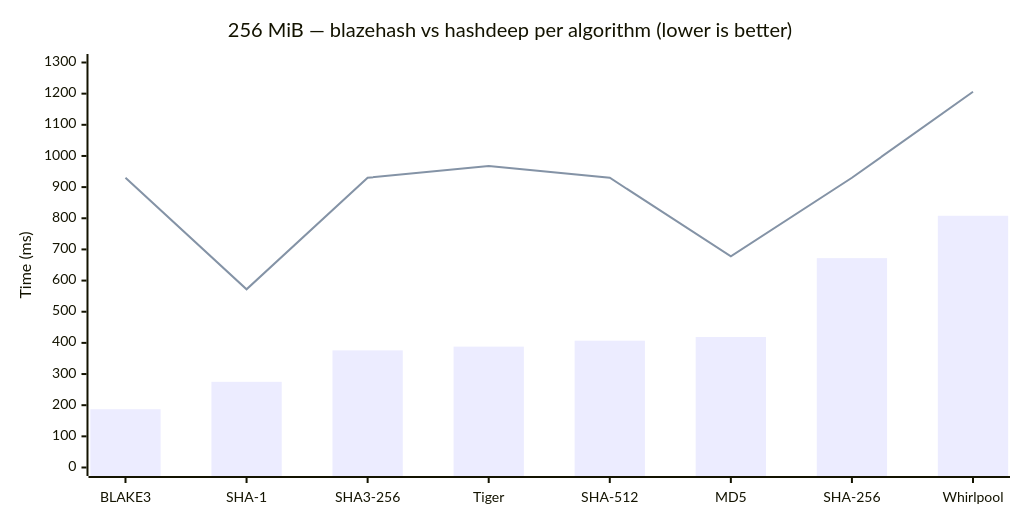
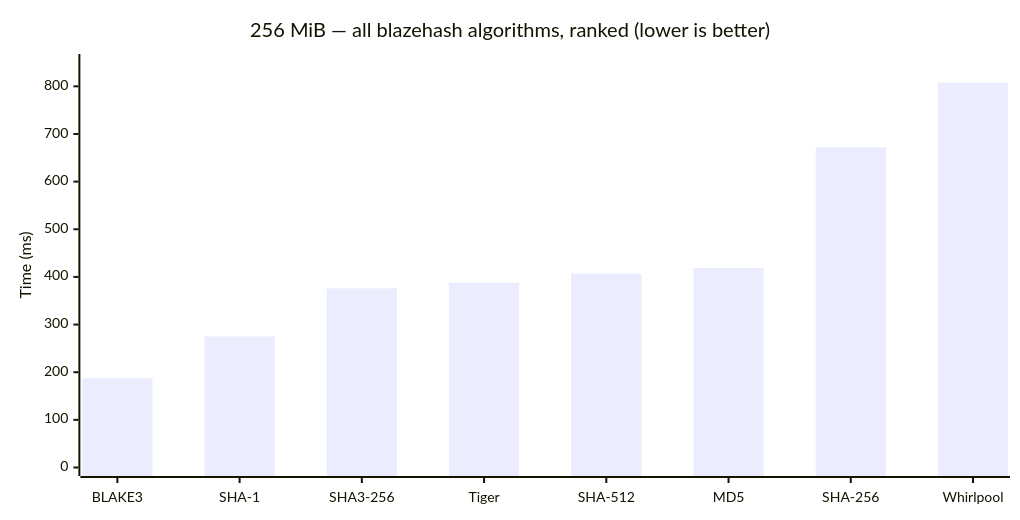
Before and after one commit to SecurityRonin/blazehash: the sixth of 6 diagrams in docs/benchmarks.md, drawn with Mermaid. The commit also changed other lines of this file, not shown here.

First line of the commit message:
docs: split BLAKE3 section into two honest charts

````diff
--- a/docs/benchmarks.md
+++ b/docs/benchmarks.md
@@ -157,13 +173,12 @@
 ```mermaid
 ---
 config:
     xyChart:
         width: 1000
 ---
 xychart-beta
-    title "256 MiB — blazehash vs hashdeep per algorithm (lower is better)"
+    title "256 MiB — all blazehash algorithms, ranked (lower is better)"
     x-axis ["BLAKE3", "SHA-1", "SHA3-256", "Tiger", "SHA-512", "MD5", "SHA-256", "Whirlpool"]
-    y-axis "Time (ms)" 0 --> 1300
+    y-axis "Time (ms)" 0 --> 850
     bar "blazehash" [187, 275, 376, 388, 407, 419, 672, 808]
-    line "hashdeep" [930, 572, 930, 968, 930, 678, 930, 1206]
 ```
````
